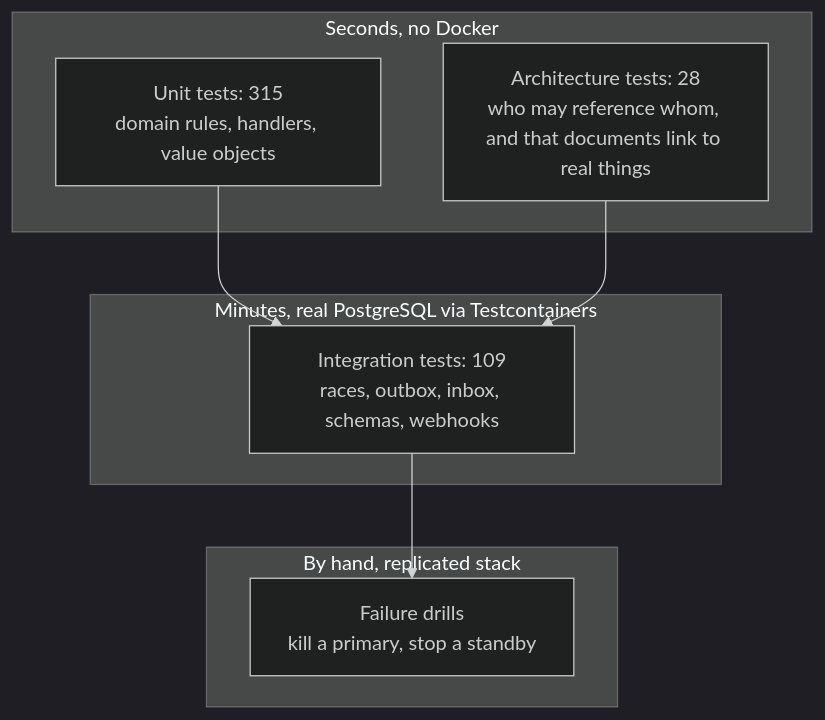
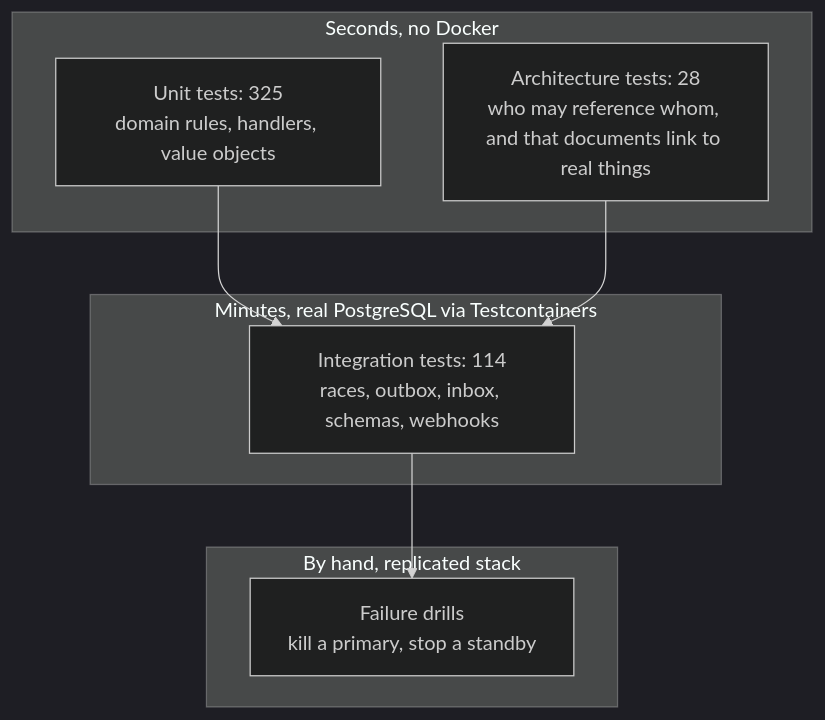
Before and after one commit to maysamgamini/crowdfundinghub: the first of 2 diagrams in docs/TESTS_THAT_TEACH.md, drawn with Mermaid (dark theme). The commit also changed other lines of this file and 2 other files, not shown here.

Commit message:
docs: update test counts and list the new teaching tests

````diff
--- a/docs/TESTS_THAT_TEACH.md
+++ b/docs/TESTS_THAT_TEACH.md
@@ -7,16 +7,16 @@
 ```mermaid
 flowchart TB
     subgraph Fast["Seconds, no Docker"]
-        U["Unit tests: 315<br/>domain rules, handlers, value objects"]
+        U["Unit tests: 325<br/>domain rules, handlers, value objects"]
         A["Architecture tests: 28<br/>who may reference whom, and that documents link to real things"]
     end
     subgraph Slow["Minutes, real PostgreSQL via Testcontainers"]
-        I["Integration tests: 109<br/>races, outbox, inbox, schemas, webhooks"]
+        I["Integration tests: 114<br/>races, outbox, inbox, schemas, webhooks"]
     end
     subgraph Drills["By hand, replicated stack"]
         D["Failure drills<br/>kill a primary, stop a standby"]
     end
     U --> I
     A --> I
     I --> D
 ```
````
